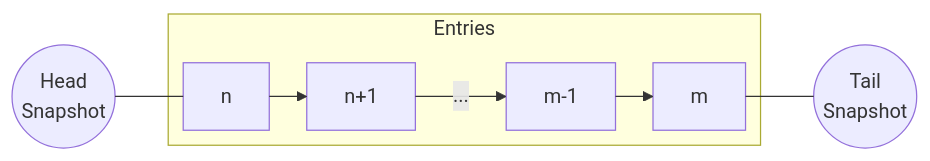
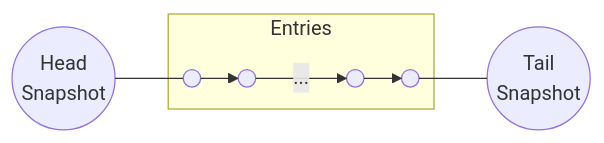
The diagram in report/log-diagram-structure.mmd (djsurt/monkey-minder), drawn with Mermaid before and after one commit. The commit also changed 3 other files, not shown here.

Commit message:
diagram work & cleanup

```diff
--- a/report/log-diagram-structure.mmd
+++ b/report/log-diagram-structure.mmd
@@ -1,18 +1,18 @@
 ---
 config:
     layout: elk
 ---
 flowchart LR
     head(("Head<br>Snapshot"))
     subgraph Entries
-        n1["n"]
-        n2["n+1"]
-        m1["m-1"]
-        m2["m"]
+        n1["n"]@{ shape: sm-circ }
+        n2["n+1"]@{ shape: sm-circ }
+        m1["m-1"]@{ shape: sm-circ }
+        m2["m"]@{ shape: sm-circ }
     end
     tail(("Tail<br>Snapshot"))
     head --- n1
     m2 --- tail
     n1 --> n2
     m1 --> m2
     n2 -- " ... " --> m1
```
